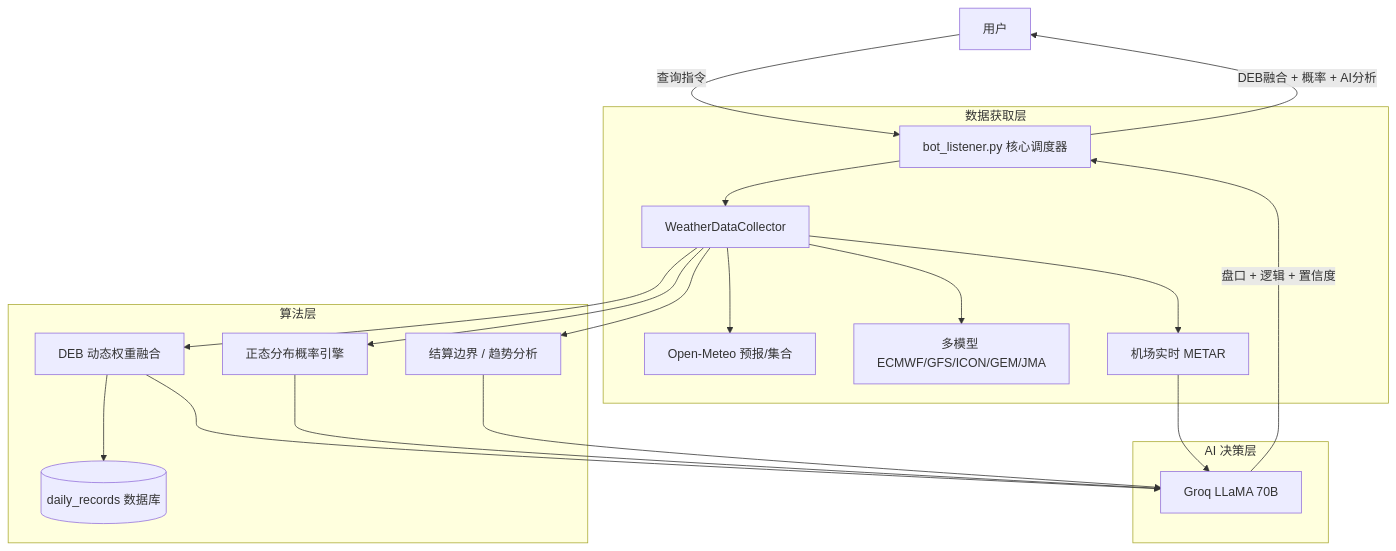
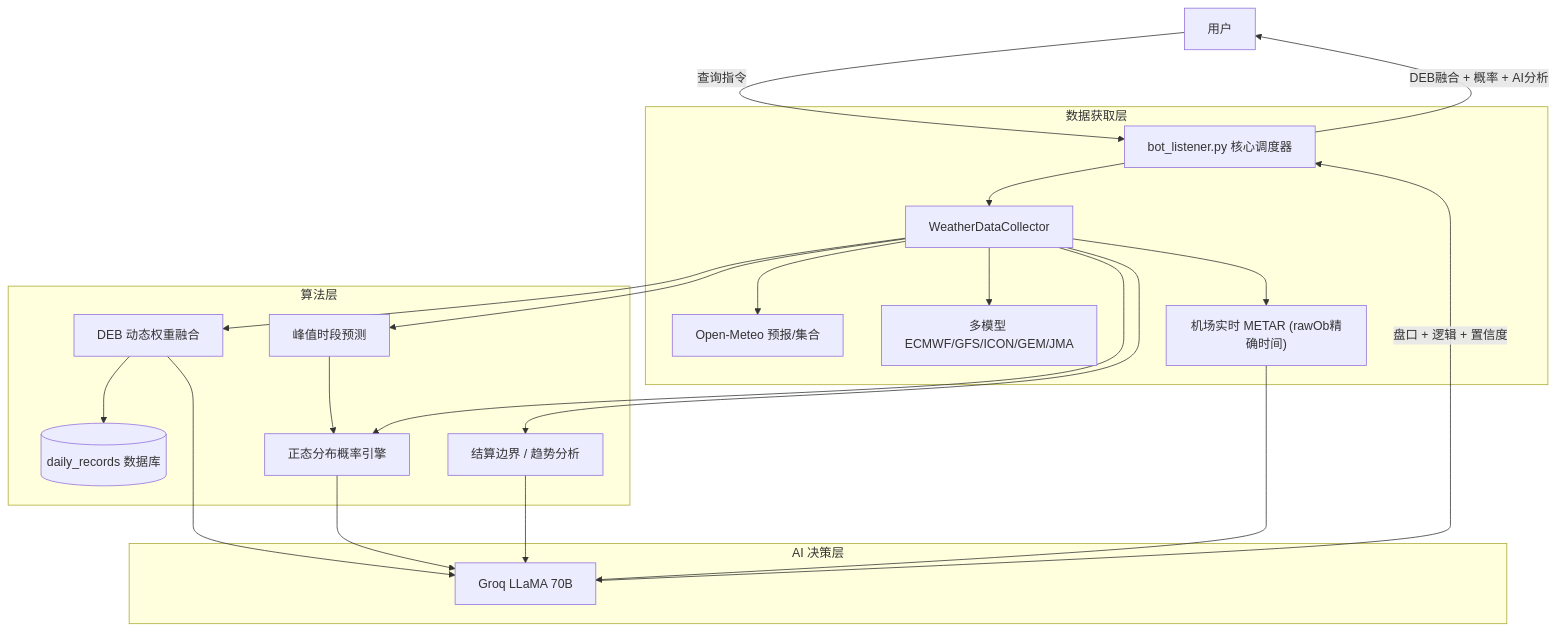
The diagram in README_ZH.md (yangyuan-zhen/PolyWeather), drawn with Mermaid before and after one commit. The commit also changed other lines of this file and 1 other file, not shown here.

Commit message:
docs: sync with time-decay sigma, rawOb precision, MGM filter, peak-hour arch

````diff
--- a/README_ZH.md
+++ b/README_ZH.md
@@ -92,28 +101,30 @@
 ```mermaid
 graph TD
     User[用户] -->|查询指令| Bot[bot_listener.py 核心调度器]
 
     subgraph 数据获取层
         Bot --> Collector[WeatherDataCollector]
         Collector --> OM[Open-Meteo 预报/集合]
         Collector --> MM[多模型 ECMWF/GFS/ICON/GEM/JMA]
-        Collector --> METAR[机场实时 METAR]
+        Collector --> METAR["机场实时 METAR (rawOb精确时间)"]
     end
 
     subgraph 算法层
+        Collector --> Peak[峰值时段预测]
         Collector --> DEB[DEB 动态权重融合]
         DEB --> DB[(daily_records 数据库)]
-        Collector --> Prob[正态分布概率引擎]
+        Peak --> Prob[正态分布概率引擎]
+        Collector --> Prob
         Collector --> Logic[结算边界 / 趋势分析]
     end
 
     subgraph AI 决策层
         DEB --> AI[Groq LLaMA 70B]
         Prob --> AI
         Logic --> AI
         METAR --> AI
     end
 
     AI -->|盘口 + 逻辑 + 置信度| Bot
     Bot -->|DEB融合 + 概率 + AI分析| User
 ```
````
